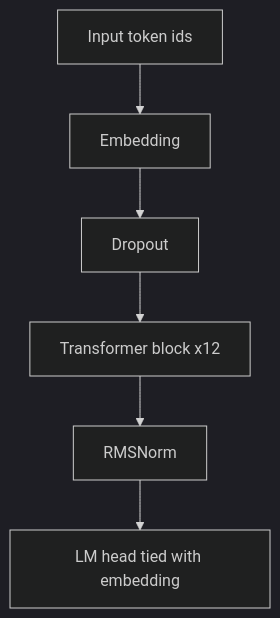
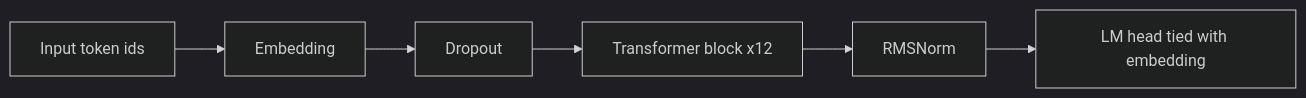
The first of 2 diagrams in README.md (pymlex/poetru), drawn with Mermaid (dark theme) before and after one commit.

````diff
--- a/README.md
+++ b/README.md
@@ -40,11 +40,4 @@
 ```mermaid
-flowchart TB
-    A[Input token ids]
-    B[Embedding]
-    C[Dropout]
-    D[Transformer block x12]
-    E[RMSNorm]
-    F[LM head tied with embedding]
-
-    A --> B --> C --> D --> E --> F
+flowchart LR
+    A[Input token ids] --> B[Embedding] --> C[Dropout] --> D[Transformer block x12] --> E[RMSNorm] --> F[LM head tied with embedding]
 ```
````
